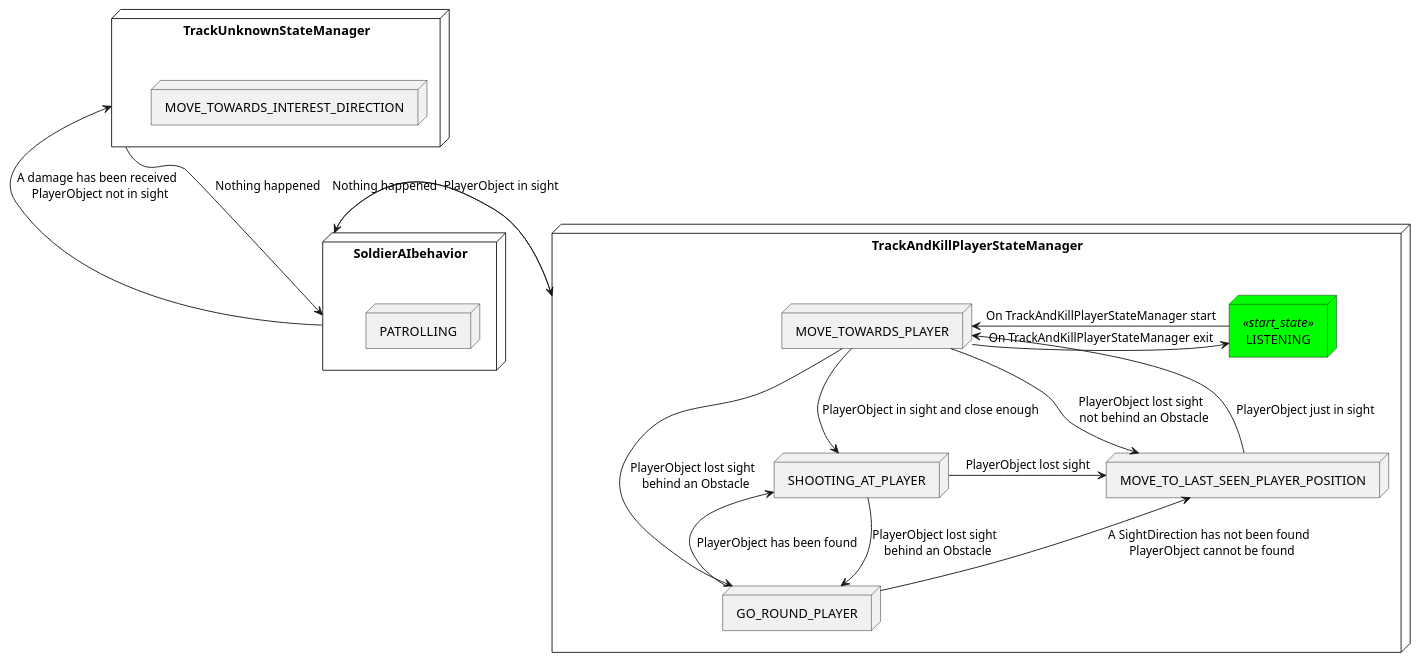
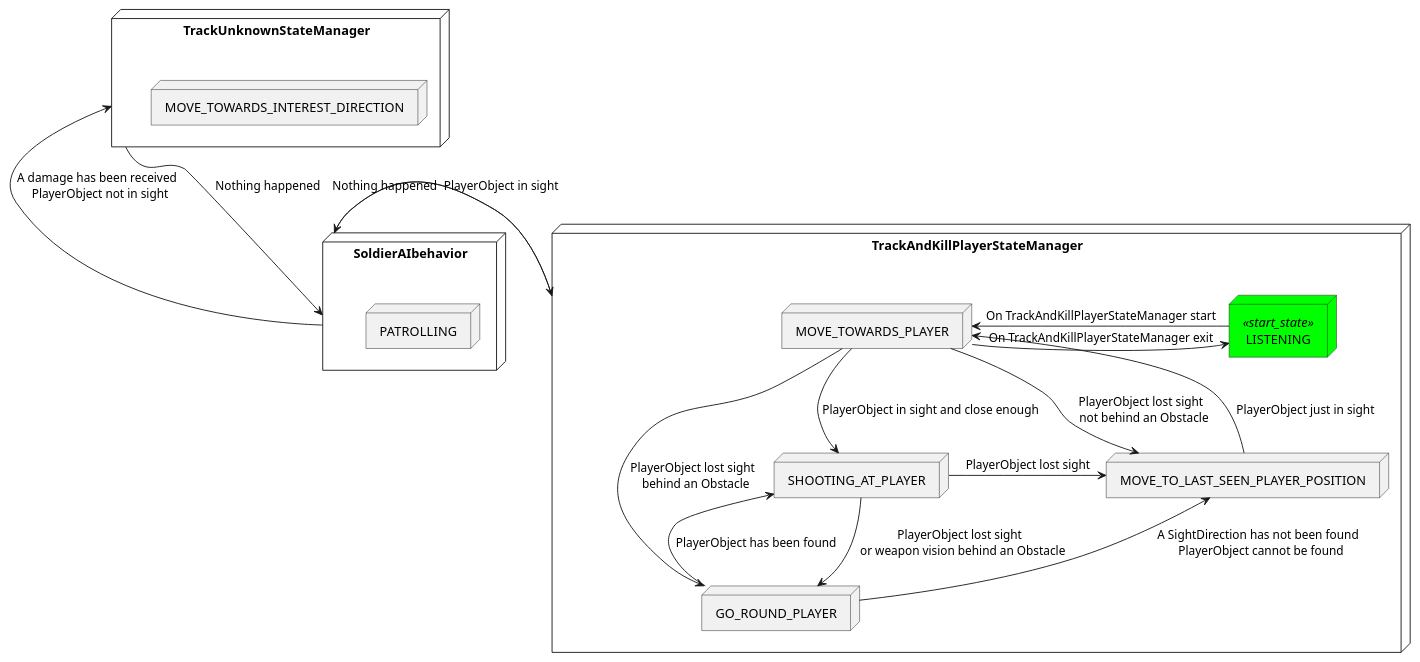
One commit to ldalzotto/ProjectUndefined-Prototype changed the diagram in Assets/Undefined/Logic/SoldierBehavior/SoliderBehavior.md. Above: the diagram before and after it, drawn with PlantUML. The commit also changed 5 other files, not shown here.

`````diff
--- a/Assets/Undefined/Logic/SoldierBehavior/SoliderBehavior.md
+++ b/Assets/Undefined/Logic/SoldierBehavior/SoliderBehavior.md
@@ -5,44 +5,44 @@
 ````puml
             'default
             top to bottom direction
 
             skinparam node {
                 backgroundColor<<start_state>> Lime
             }
 
             node SoldierAIbehavior {
                 node PATROLLING
             }
            
             node TrackAndKillPlayerStateManager {
                 node LISTENING<<start_state>>
                 node MOVE_TOWARDS_PLAYER
                 node GO_ROUND_PLAYER
                 node SHOOTING_AT_PLAYER
                 node MOVE_TO_LAST_SEEN_PLAYER_POSITION
             }
 
             node TrackUnknownStateManager {
                 node MOVE_TOWARDS_INTEREST_DIRECTION
             }
 
             SoldierAIbehavior -> TrackAndKillPlayerStateManager : PlayerObject in sight
             TrackAndKillPlayerStateManager -> SoldierAIbehavior : Nothing happened
 
             LISTENING -> MOVE_TOWARDS_PLAYER : On TrackAndKillPlayerStateManager start 
             MOVE_TOWARDS_PLAYER -> LISTENING : On TrackAndKillPlayerStateManager exit 
             MOVE_TOWARDS_PLAYER -down-> SHOOTING_AT_PLAYER : PlayerObject in sight and close enough
             MOVE_TOWARDS_PLAYER -> GO_ROUND_PLAYER : PlayerObject lost sight \n behind an Obstacle
             MOVE_TOWARDS_PLAYER -> MOVE_TO_LAST_SEEN_PLAYER_POSITION : PlayerObject lost sight \n not behind an Obstacle
 
-            SHOOTING_AT_PLAYER -> GO_ROUND_PLAYER : PlayerObject lost sight \n behind an Obstacle
+            SHOOTING_AT_PLAYER -> GO_ROUND_PLAYER : PlayerObject lost sight \n or weapon vision behind an Obstacle
             SHOOTING_AT_PLAYER -> MOVE_TO_LAST_SEEN_PLAYER_POSITION : PlayerObject lost sight
 
             GO_ROUND_PLAYER -> SHOOTING_AT_PLAYER : PlayerObject has been found
             GO_ROUND_PLAYER -up-> MOVE_TO_LAST_SEEN_PLAYER_POSITION : A SightDirection has not been found \n PlayerObject cannot be found
 
             MOVE_TO_LAST_SEEN_PLAYER_POSITION -down-> MOVE_TOWARDS_PLAYER : PlayerObject just in sight
 
             SoldierAIbehavior -> TrackUnknownStateManager : A damage has been received \n PlayerObject not in sight
             TrackUnknownStateManager --> SoldierAIbehavior : Nothing happened
 ````
`````
